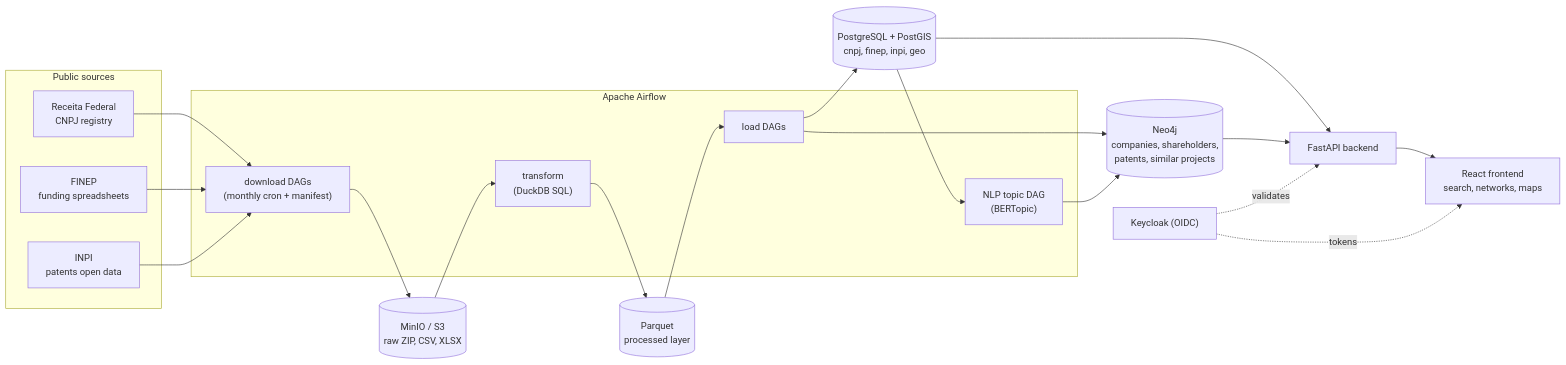
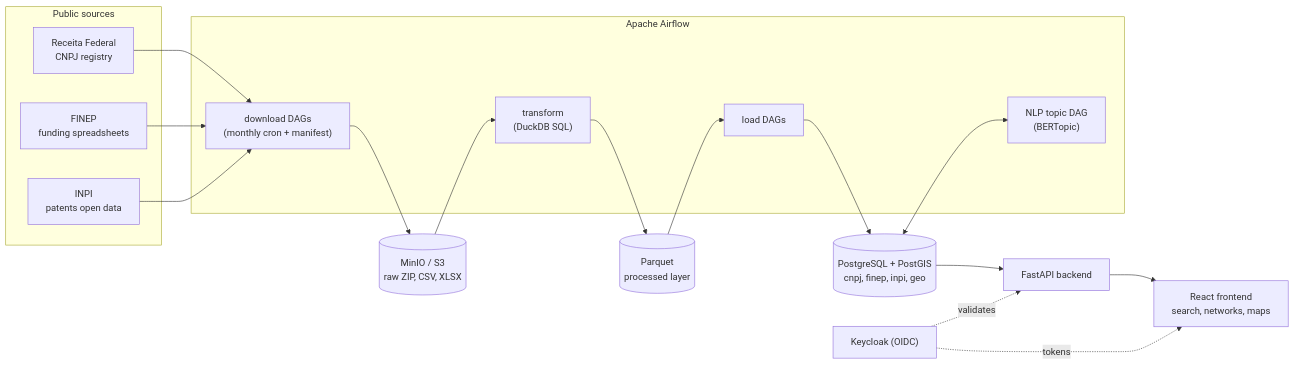
One commit to rodfileto/osint-platform changed the diagram in README.md. Above: the diagram before and after it, drawn with Mermaid. The commit also changed other lines of this file and 62 other files, not shown here.

````diff
--- a/README.md
+++ b/README.md
@@ -19,31 +19,29 @@
 ```mermaid
 flowchart LR
     subgraph Sources["Public sources"]
         RF["Receita Federal<br/>CNPJ registry"]
         FINEP["FINEP<br/>funding spreadsheets"]
         INPI["INPI<br/>patents open data"]
     end
 
     subgraph Airflow["Apache Airflow"]
         DL["download DAGs<br/>(monthly cron + manifest)"]
         TR["transform<br/>(DuckDB SQL)"]
         LD["load DAGs"]
         NLP["NLP topic DAG<br/>(BERTopic)"]
     end
 
     RAW[("MinIO / S3<br/>raw ZIP, CSV, XLSX")]
     PQ[("Parquet<br/>processed layer")]
     PG[("PostgreSQL + PostGIS<br/>cnpj, finep, inpi, geo")]
-    NEO[("Neo4j<br/>companies, shareholders,<br/>patents, similar projects")]
     API["FastAPI backend"]
     UI["React frontend<br/>search, networks, maps"]
     KC["Keycloak (OIDC)"]
 
     RF & FINEP & INPI --> DL --> RAW --> TR --> PQ --> LD
     LD --> PG
-    LD --> NEO
-    PG --> NLP --> NEO
-    PG & NEO --> API --> UI
+    PG <--> NLP
+    PG --> API --> UI
     KC -. tokens .-> UI
     KC -. validates .-> API
 ```
````
